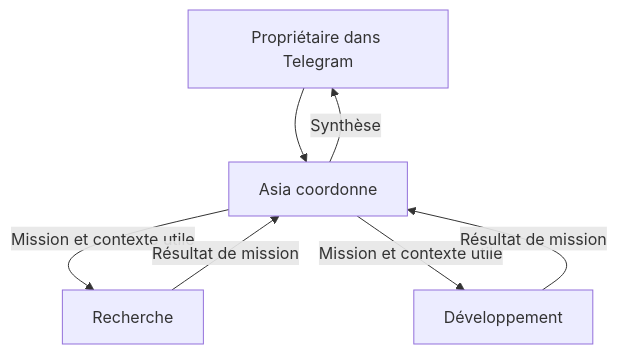
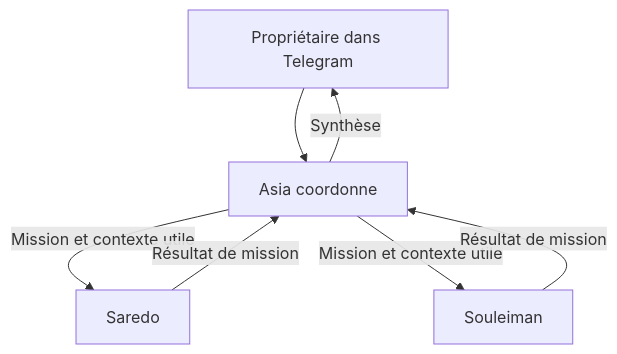
The diagram in documentation/delegation.md (Abdourahmandev/Platforme_agentique), drawn with Mermaid before and after one commit. The commit also changed other lines of this file and 24 other files, not shown here.

Commit message:
Rename specialist display names to Souleiman and Saredo

````diff
--- a/documentation/delegation.md
+++ b/documentation/delegation.md
@@ -5,9 +5,9 @@
 ```mermaid
 flowchart TD
     U[Propriétaire dans Telegram] --> A[Asia coordonne]
-    A -->|Mission et contexte utile| R[Recherche]
-    A -->|Mission et contexte utile| D[Développement]
+    A -->|Mission et contexte utile| R[Saredo]
+    A -->|Mission et contexte utile| D[Souleiman]
     R -->|Résultat de mission| A
     D -->|Résultat de mission| A
     A -->|Synthèse| U
 ```
````
